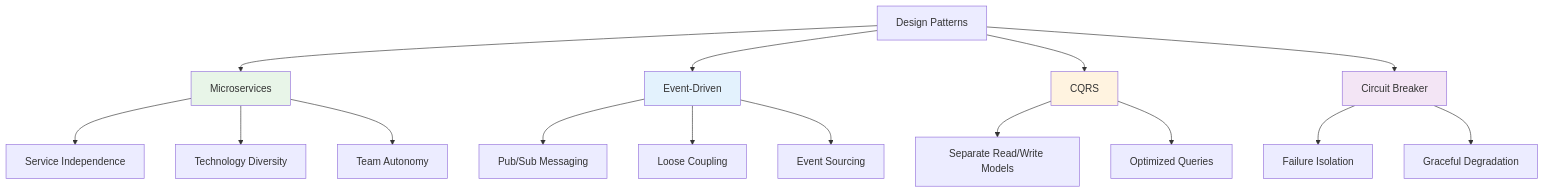
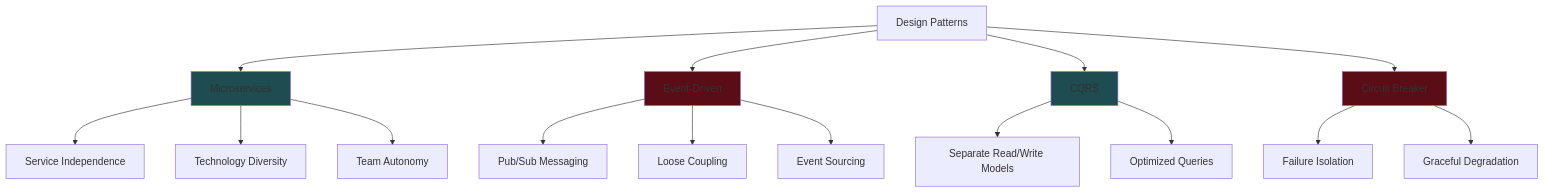
Diagram 18 of 21 in fundamentals/core_concepts.md (ahmedrzakhan/system-design-notes), drawn with Mermaid before and after one commit. The commit also changed other lines of this file, not shown here.

````diff
--- a/fundamentals/core_concepts.md
+++ b/fundamentals/core_concepts.md
@@ -491,26 +491,26 @@
 ```mermaid
 graph TD
     A[Design Patterns] --> B[Microservices]
     A --> C[Event-Driven]
     A --> D[CQRS]
     A --> E[Circuit Breaker]
 
     B --> B1[Service Independence]
     B --> B2[Technology Diversity]
     B --> B3[Team Autonomy]
 
     C --> C1[Pub/Sub Messaging]
     C --> C2[Loose Coupling]
     C --> C3[Event Sourcing]
 
     D --> D1[Separate Read/Write Models]
     D --> D2[Optimized Queries]
 
     E --> E1[Failure Isolation]
     E --> E2[Graceful Degradation]
 
-    style B fill:#e8f5e8
-    style C fill:#e3f2fd
-    style D fill:#fff3e0
-    style E fill:#f3e5f5
+    style B fill:#1E4C50
+    style C fill:#5A0D16
+    style D fill:#1E4C50
+    style E fill:#5A0D16
 ```
````
